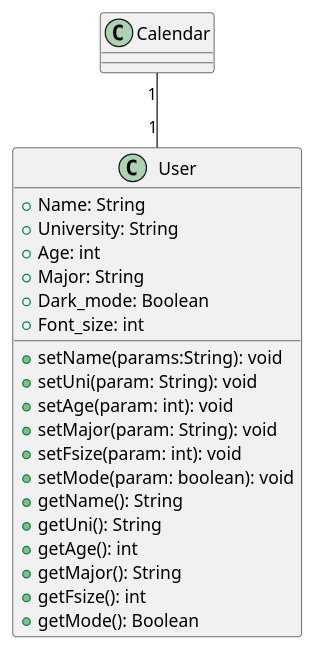
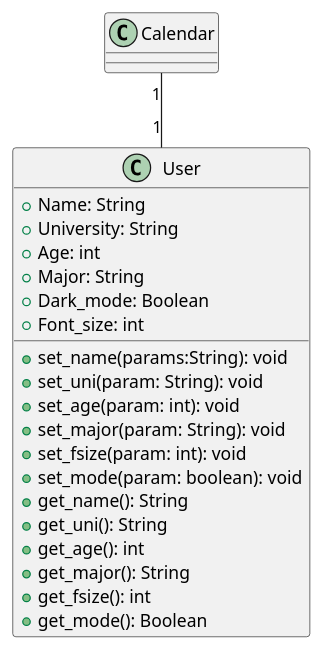
Before and after one commit to CS361-2024Fall-Term/Innovators: the diagram in assignment6/user.puml, drawn with PlantUML.

```diff
--- a/assignment6/user.puml
+++ b/assignment6/user.puml
@@ -1,33 +1,33 @@
 @startuml
 
 class User {
   +Name: String
   +University: String
   +Age: int
   +Major: String
   +Dark_mode: Boolean
   +Font_size: int
-  +setName(params:String): void
-  +setUni(param: String): void
-  +setAge(param: int): void
-  +setMajor(param: String): void
-  +setFsize(param: int): void
-  +setMode(param: boolean): void
-  +getName(): String
-  +getUni(): String
-  +getAge(): int
-  +getMajor(): String
-  +getFsize(): int
-  +getMode(): Boolean
+  +set_name(params:String): void
+  +set_uni(param: String): void
+  +set_age(param: int): void
+  +set_major(param: String): void
+  +set_fsize(param: int): void
+  +set_mode(param: boolean): void
+  +get_name(): String
+  +get_uni(): String
+  +get_age(): int
+  +get_major(): String
+  +get_fsize(): int
+  +get_mode(): Boolean
  
 }
 
 class Calendar{
   
 }
 
 Calendar "1" -- "1" User
 
 
 
 @enduml
```
